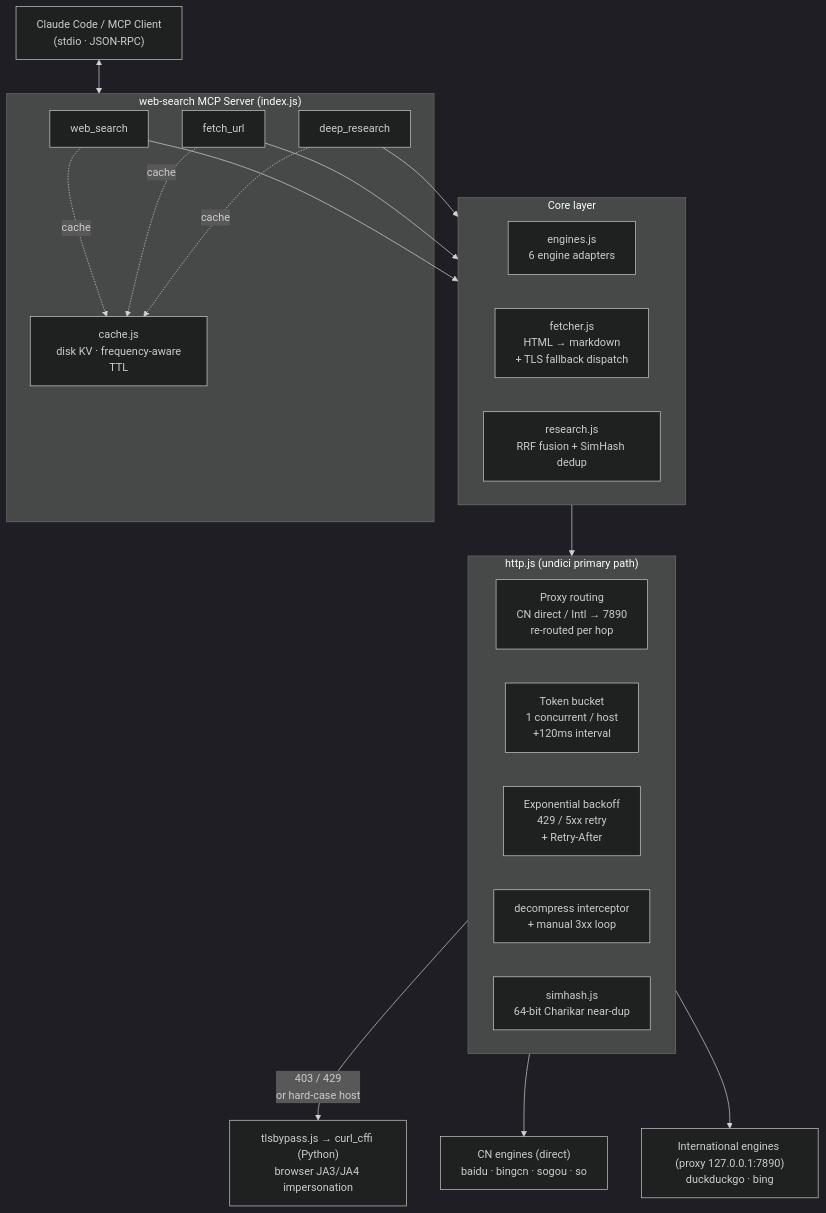
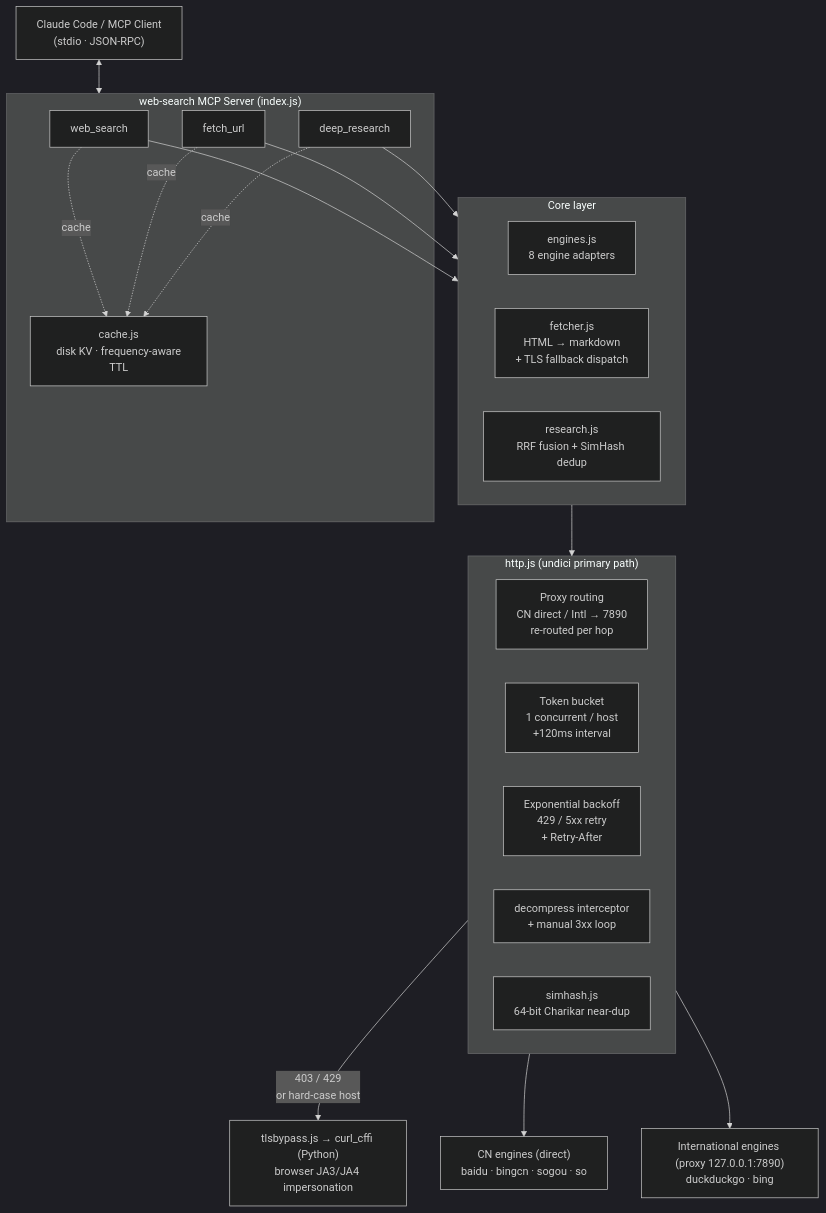
The first of 2 diagrams in README.md (nuoyax/web-search-mcp), drawn with Mermaid (dark theme) before and after one commit. The commit also changed other lines of this file and 1 other file, not shown here.

First line of the commit message:
docs: correct engine count from 6 to 8

````diff
--- a/README.md
+++ b/README.md
@@ -104,42 +104,42 @@
 ```mermaid
 flowchart TB
     Client["Claude Code / MCP Client\n(stdio · JSON-RPC)"]
 
     subgraph Server["web-search MCP Server  (index.js)"]
         T1["web_search"]
         T2["fetch_url"]
         T3["deep_research"]
         Cache["cache.js\n disk KV · frequency-aware TTL"]
     end
 
     subgraph Core["Core layer"]
-        Eng["engines.js\n6 engine adapters"]
+        Eng["engines.js\n8 engine adapters"]
         Fetch["fetcher.js\nHTML → markdown\n+ TLS fallback dispatch"]
         Res["research.js\nRRF fusion + SimHash dedup"]
     end
 
     subgraph HTTP["http.js  (undici primary path)"]
         Proxy["Proxy routing\nCN direct / Intl → 7890\nre-routed per hop"]
         Bucket["Token bucket\n1 concurrent / host\n+120ms interval"]
         Backoff["Exponential backoff\n429 / 5xx retry\n+ Retry-After"]
         Undici["decompress interceptor\n+ manual 3xx loop"]
         Sim["simhash.js\n64-bit Charikar near-dup"]
     end
 
     TLS["tlsbypass.js → curl_cffi (Python)\nbrowser JA3/JA4 impersonation"]
 
     CN["CN engines (direct)\nbaidu · bingcn · sogou · so"]
     Intl["International engines (proxy 127.0.0.1:7890)\nduckduckgo · bing"]
 
     Client <--> Server
     T1 --> Core
     T2 --> Core
     T3 --> Core
     T1 -.cache.-> Cache
     T2 -.cache.-> Cache
     T3 -.cache.-> Cache
     Core --> HTTP
     HTTP -- "403 / 429\nor hard-case host" --> TLS
     HTTP --> CN
     HTTP --> Intl
 ```
````
